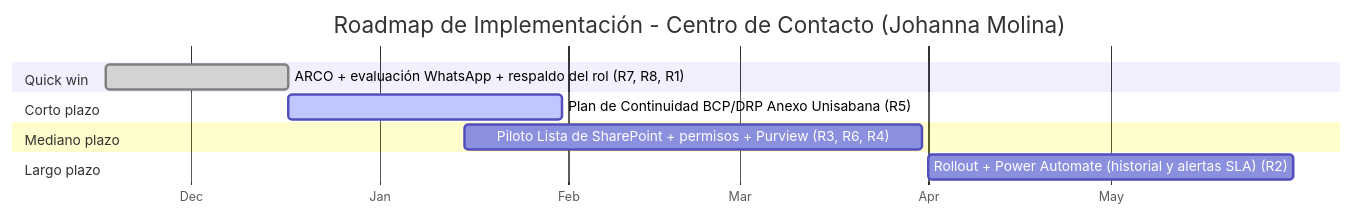
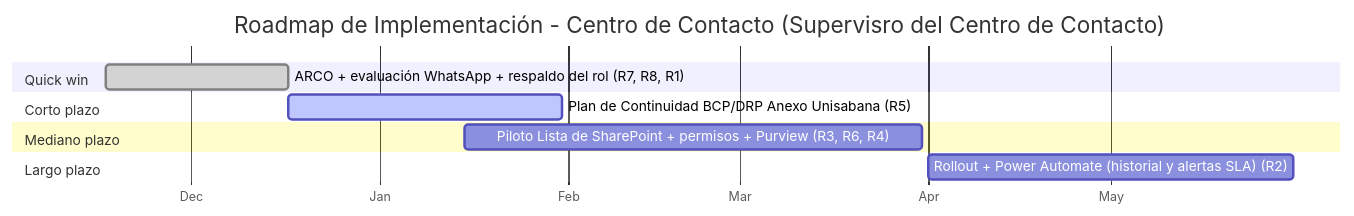
One commit to N1kxo/AREM-Innova2-JohannaMolina changed the diagram in 09-presentacion-final/plan-implementacion.md. Above: the diagram before and after it, drawn with Mermaid. The commit also changed other lines of this file and 25 other files, not shown here.

````diff
--- a/09-presentacion-final/plan-implementacion.md
+++ b/09-presentacion-final/plan-implementacion.md
@@ -28,14 +28,14 @@
 ```mermaid
 gantt
-    title Roadmap de Implementación - Centro de Contacto (Johanna Molina)
+    title Roadmap de Implementación - Centro de Contacto (Supervisro del Centro de Contacto)
     dateFormat YYYY-MM-DD
     axisFormat %b
     section Quick win
     ARCO + evaluación WhatsApp + respaldo del rol (R7, R8, R1) :done, qw1, 2026-11-17, 30d
     section Corto plazo
     Plan de Continuidad BCP/DRP Anexo Unisabana (R5) :active, cp1, 2026-12-17, 45d
     section Mediano plazo
     Piloto Lista de SharePoint + permisos + Purview (R3, R6, R4) :mp1, 2027-01-15, 75d
     section Largo plazo
     Rollout + Power Automate (historial y alertas SLA) (R2) :lp1, 2027-04-01, 60d
 ```
````
